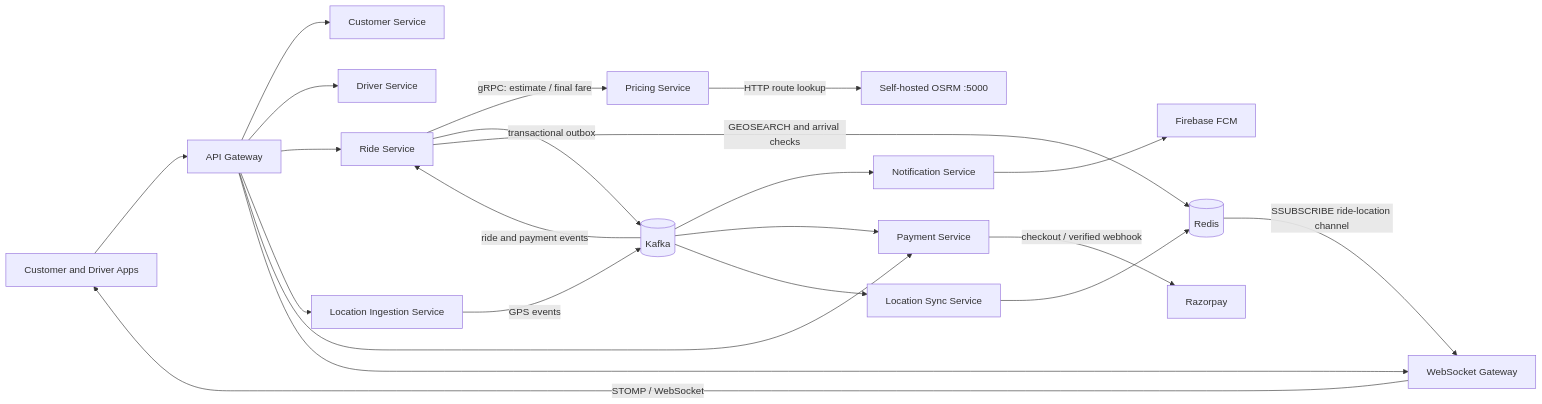
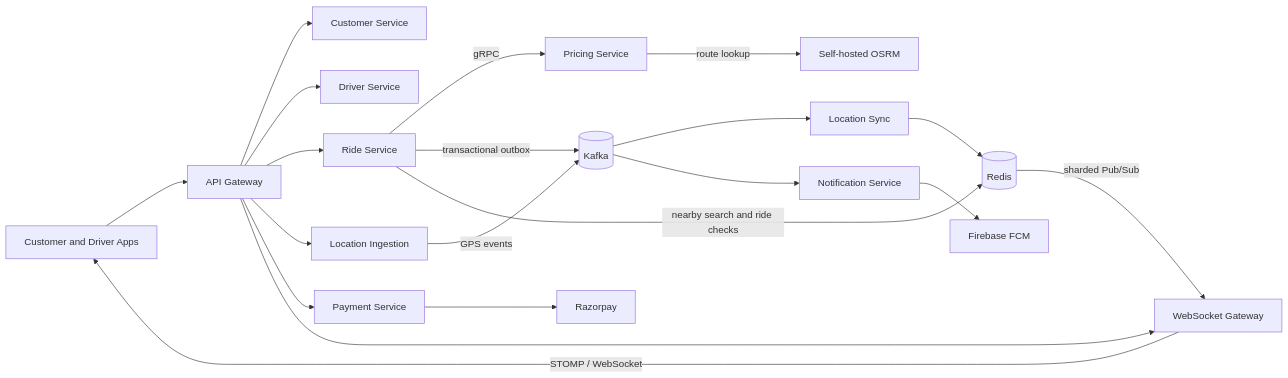
One commit to shashank35i/GoOn---Ride-Hailing-Microservices-Platform changed the first of 2 diagrams in README.md. Above: the diagram before and after it, drawn with Mermaid. The commit also changed other lines of this file, not shown here.

````diff
--- a/README.md
+++ b/README.md
@@ -43,26 +24,23 @@
 ```mermaid
 flowchart LR
     Apps[Customer and Driver Apps] --> Gateway[API Gateway]
     Gateway --> Customer[Customer Service]
     Gateway --> Driver[Driver Service]
     Gateway --> Ride[Ride Service]
-    Gateway --> Ingest[Location Ingestion Service]
+    Gateway --> Ingest[Location Ingestion]
     Gateway --> Payment[Payment Service]
     Gateway --> WS[WebSocket Gateway]
 
-    Ride -->|gRPC: estimate / final fare| Pricing[Pricing Service]
-    Pricing -->|HTTP route lookup| OSRM[Self-hosted OSRM :5000]
+    Ride -->|gRPC| Pricing[Pricing Service]
+    Pricing -->|route lookup| OSRM[Self-hosted OSRM]
     Ride -->|transactional outbox| Kafka[(Kafka)]
-    Kafka -->|ride and payment events| Ride
+    Ingest -->|GPS events| Kafka
+    Kafka --> LocationSync[Location Sync]
+    LocationSync --> Redis[(Redis)]
+    Ride -->|nearby search and ride checks| Redis
+    Redis -->|sharded Pub/Sub| WS
+    WS -->|STOMP / WebSocket| Apps
     Kafka --> Notification[Notification Service]
-    Kafka --> Payment
     Notification --> FCM[Firebase FCM]
-    Payment -->|checkout / verified webhook| Razorpay[Razorpay]
-
-    Ingest -->|GPS events| Kafka
-    Kafka --> LocationSync[Location Sync Service]
-    LocationSync --> Redis[(Redis)]
-    Ride -->|GEOSEARCH and arrival checks| Redis
-    Redis -->|SSUBSCRIBE ride-location channel| WS
-    WS -->|STOMP / WebSocket| Apps
+    Payment --> Razorpay[Razorpay]
 ```
````
